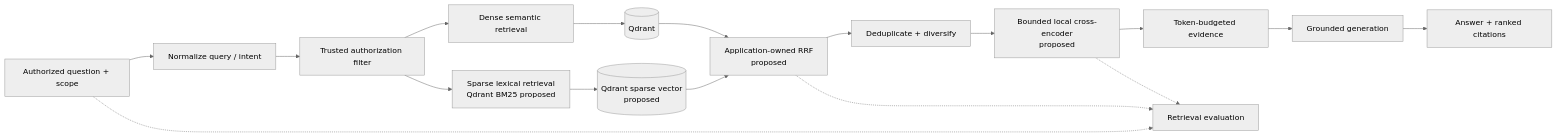
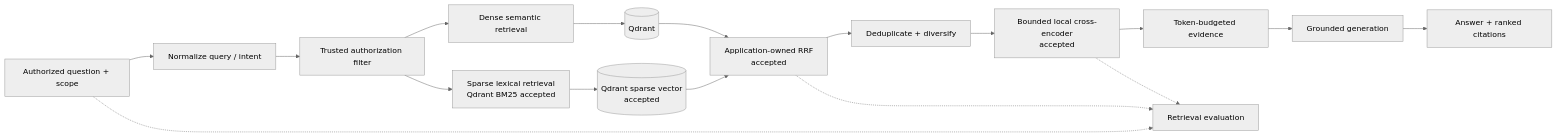
Before and after one commit to mvyas412/ai-projects: the seventh of 11 diagrams in mm-rag-full-stack-genai-bootcamp-3.0/docs/architecture/ARCHITECTURE.md, drawn with Mermaid (neutral theme). The commit also changed other lines of this file and 7 other files, not shown here.

````diff
--- a/mm-rag-full-stack-genai-bootcamp-3.0/docs/architecture/ARCHITECTURE.md
+++ b/mm-rag-full-stack-genai-bootcamp-3.0/docs/architecture/ARCHITECTURE.md
@@ -343,19 +343,19 @@
 ```mermaid
 flowchart LR
     question["Authorized question + scope"] --> prep["Normalize query / intent"]
     prep --> filter["Trusted authorization filter"]
     filter --> dense["Dense semantic retrieval"]
-    filter --> sparse["Sparse lexical retrieval<br/>Qdrant BM25 proposed"]
+    filter --> sparse["Sparse lexical retrieval<br/>Qdrant BM25 accepted"]
     dense --> qdrant[("Qdrant")]
-    sparse --> sindex[("Qdrant sparse vector<br/>proposed")]
-    qdrant --> fusion["Application-owned RRF<br/>proposed"]
+    sparse --> sindex[("Qdrant sparse vector<br/>accepted")]
+    qdrant --> fusion["Application-owned RRF<br/>accepted"]
     sindex --> fusion
     fusion --> dedupe["Deduplicate + diversify"]
-    dedupe --> rerank["Bounded local cross-encoder<br/>proposed"]
+    dedupe --> rerank["Bounded local cross-encoder<br/>accepted"]
     rerank --> context["Token-budgeted evidence"]
     context --> generation["Grounded generation"]
     generation --> answer["Answer + ranked citations"]
     question -.-> evaluation["Retrieval evaluation"]
     fusion -.-> evaluation
     rerank -.-> evaluation
 ```
````
